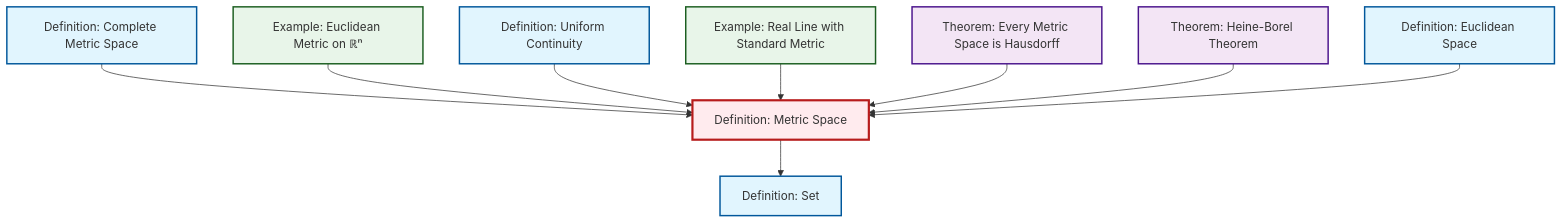
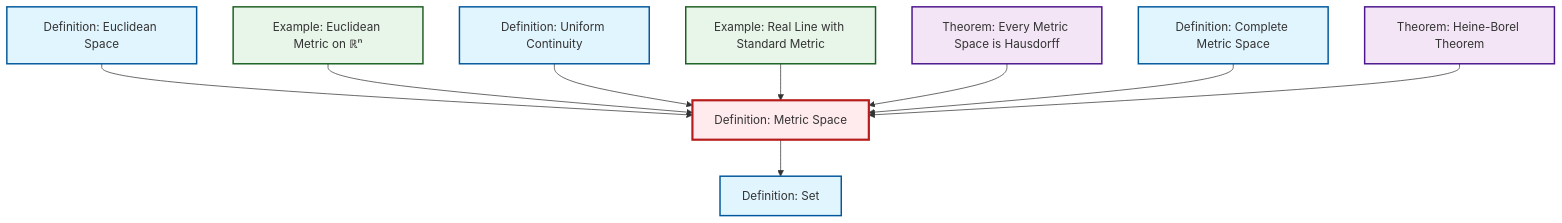
One commit to RK0429/ModernMath changed the diagram in content/ja/analysis/def-metric-space.qmd. Above: the diagram before and after it, drawn with Mermaid. The commit also changed other lines of this file and 360 other files, not shown here.

````diff
--- a/content/ja/analysis/def-metric-space.qmd
+++ b/content/ja/analysis/def-metric-space.qmd
@@ -51,35 +51,35 @@
 ```{mermaid}
 %%| fig-cap: "Local dependency graph"
 graph TD
     classDef definition fill:#e1f5fe,stroke:#01579b,stroke-width:2px
     classDef theorem fill:#f3e5f5,stroke:#4a148c,stroke-width:2px
     classDef axiom fill:#fff3e0,stroke:#e65100,stroke-width:2px
     classDef example fill:#e8f5e9,stroke:#1b5e20,stroke-width:2px
     classDef current fill:#ffebee,stroke:#b71c1c,stroke-width:3px
+    def-metric-space["Definition: Metric Space"]:::definition
+    thm-metric-hausdorff["Theorem: Every Metric Space is Hausdorff"]:::theorem
+    thm-heine-borel["Theorem: Heine-Borel Theorem"]:::theorem
+    def-uniform-continuity["Definition: Uniform Continuity"]:::definition
+    def-set["Definition: Set"]:::definition
+    ex-euclidean-metric["Example: Euclidean Metric on ℝⁿ"]:::example
+    def-euclidean-space["Definition: Euclidean Space"]:::definition
     ex-real-line-metric["Example: Real Line with Standard Metric"]:::example
     def-complete-metric-space["Definition: Complete Metric Space"]:::definition
-    thm-heine-borel["Theorem: Heine-Borel Theorem"]:::theorem
-    ex-euclidean-metric["Example: Euclidean Metric on ℝⁿ"]:::example
-    def-uniform-continuity["Definition: Uniform Continuity"]:::definition
-    def-euclidean-space["Definition: Euclidean Space"]:::definition
-    def-set["Definition: Set"]:::definition
-    def-metric-space["Definition: Metric Space"]:::definition
-    thm-metric-hausdorff["Theorem: Every Metric Space is Hausdorff"]:::theorem
-    def-complete-metric-space --> def-metric-space
-    def-metric-space --> def-set
+    def-euclidean-space --> def-metric-space
     ex-euclidean-metric --> def-metric-space
     def-uniform-continuity --> def-metric-space
     ex-real-line-metric --> def-metric-space
+    def-metric-space --> def-set
     thm-metric-hausdorff --> def-metric-space
+    def-complete-metric-space --> def-metric-space
     thm-heine-borel --> def-metric-space
-    def-euclidean-space --> def-metric-space
     class def-metric-space current
+    click thm-metric-hausdorff "thm-metric-hausdorff.html" "Theorem: Every Metric Space is Hausdorffへ"
+    click thm-heine-borel "thm-heine-borel.html" "Theorem: Heine-Borel Theoremへ"
+    click def-uniform-continuity "def-uniform-continuity.html" "Definition: Uniform Continuityへ"
+    click def-set "def-set.html" "Definition: Setへ"
+    click ex-euclidean-metric "ex-euclidean-metric.html" "Example: Euclidean Metric on ℝⁿへ"
+    click def-euclidean-space "def-euclidean-space.html" "Definition: Euclidean Spaceへ"
     click ex-real-line-metric "ex-real-line-metric.html" "Example: Real Line with Standard Metricへ"
     click def-complete-metric-space "def-complete-metric-space.html" "Definition: Complete Metric Spaceへ"
-    click thm-heine-borel "thm-heine-borel.html" "Theorem: Heine-Borel Theoremへ"
-    click ex-euclidean-metric "ex-euclidean-metric.html" "Example: Euclidean Metric on ℝⁿへ"
-    click def-uniform-continuity "def-uniform-continuity.html" "Definition: Uniform Continuityへ"
-    click def-euclidean-space "def-euclidean-space.html" "Definition: Euclidean Spaceへ"
-    click def-set "def-set.html" "Definition: Setへ"
-    click thm-metric-hausdorff "thm-metric-hausdorff.html" "Theorem: Every Metric Space is Hausdorffへ"
 ```
````
